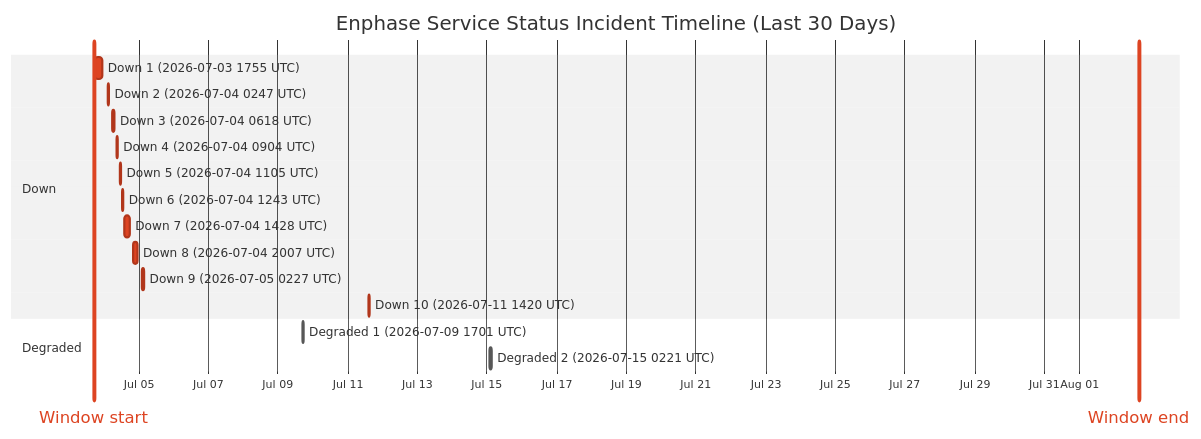
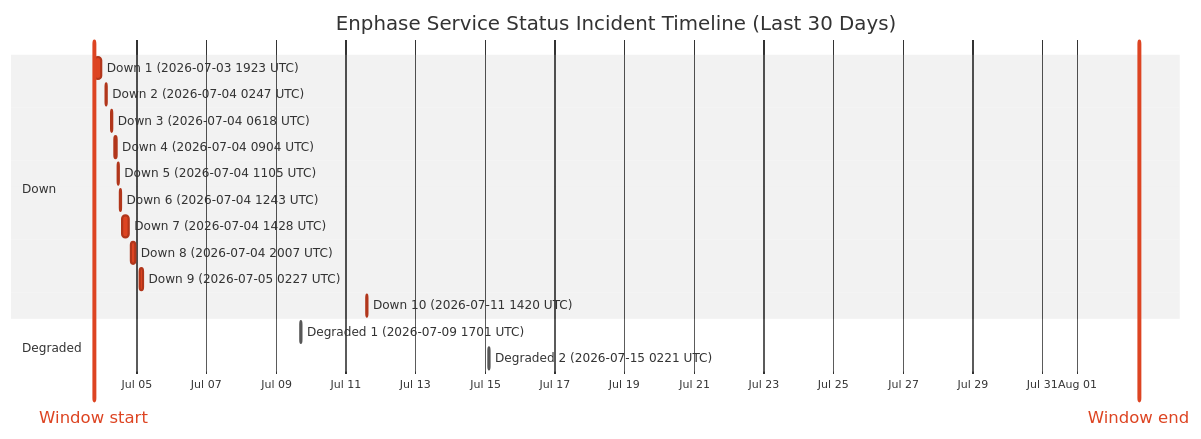
The diagram in wiki/Service-Status-History.md (barneyonline/ha-enphase-energy), drawn with Mermaid (neutral theme) before and after one commit. The commit also changed other lines of this file and 3 other files, not shown here.

````diff
--- a/wiki/Service-Status-History.md
+++ b/wiki/Service-Status-History.md
@@ -14,22 +14,22 @@
 ```mermaid
 gantt
     title Enphase Service Status Incident Timeline (Last 30 Days)
     dateFormat  YYYY-MM-DDTHH:mm:ss
     axisFormat  %b %d
-    Window start :vert, window-start, 2026-07-03T17:09:34, 0ms
-    Window end :vert, window-end, 2026-08-02T17:09:34, 0ms
+    Window start :vert, window-start, 2026-07-03T18:29:01, 0ms
+    Window end :vert, window-end, 2026-08-02T18:29:01, 0ms
     section Down
-    Down 1 (2026-07-03 1755 UTC) :crit, down-1, 2026-07-03T17:55:54, 338m
+    Down 1 (2026-07-03 1923 UTC) :crit, down-1, 2026-07-03T19:23:33, 250m
     Down 2 (2026-07-04 0247 UTC) :crit, down-2, 2026-07-04T02:47:22, 60m
     Down 3 (2026-07-04 0618 UTC) :crit, down-3, 2026-07-04T06:18:09, 60m
     Down 4 (2026-07-04 0904 UTC) :crit, down-4, 2026-07-04T09:04:41, 60m
     Down 5 (2026-07-04 1105 UTC) :crit, down-5, 2026-07-04T11:05:21, 60m
     Down 6 (2026-07-04 1243 UTC) :crit, down-6, 2026-07-04T12:43:25, 60m
     Down 7 (2026-07-04 1428 UTC) :crit, down-7, 2026-07-04T14:28:07, 243m
     Down 8 (2026-07-04 2007 UTC) :crit, down-8, 2026-07-04T20:07:50, 206m
     Down 9 (2026-07-05 0227 UTC) :crit, down-9, 2026-07-05T02:27:32, 109m
     Down 10 (2026-07-11 1420 UTC) :crit, down-10, 2026-07-11T14:20:54, 69m
     section Degraded
     Degraded 1 (2026-07-09 1701 UTC) :active, degraded-1, 2026-07-09T17:01:02, 60m
     Degraded 2 (2026-07-15 0221 UTC) :active, degraded-2, 2026-07-15T02:21:35, 60m
 ```
````
